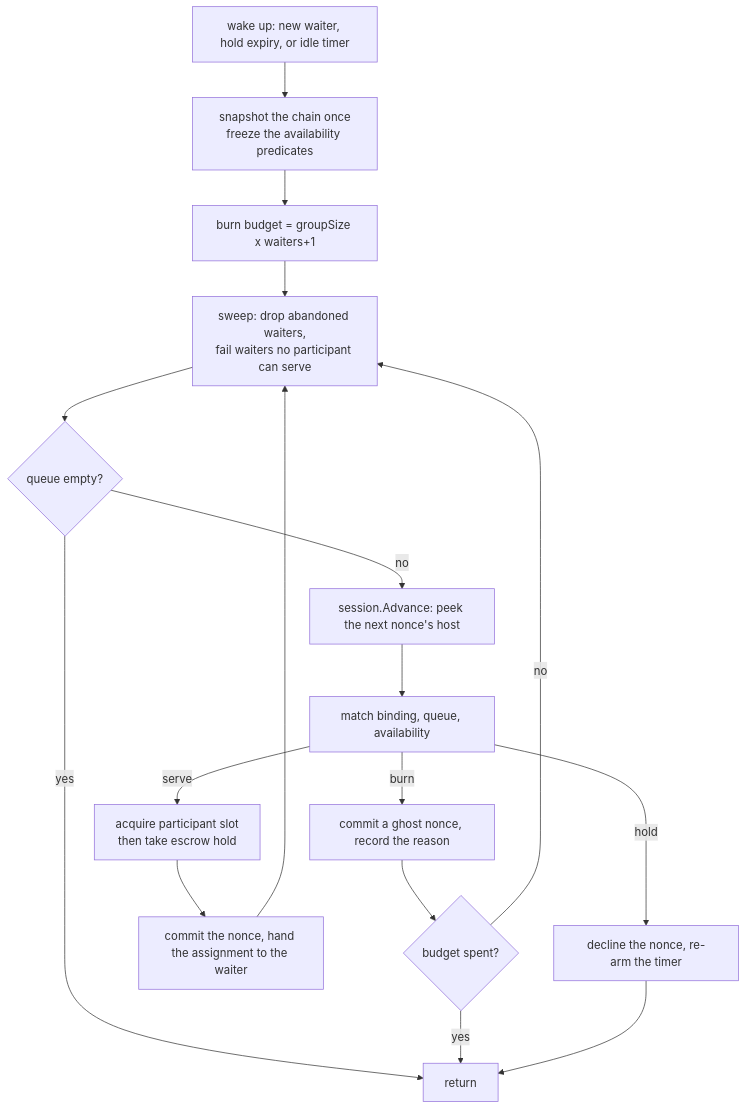
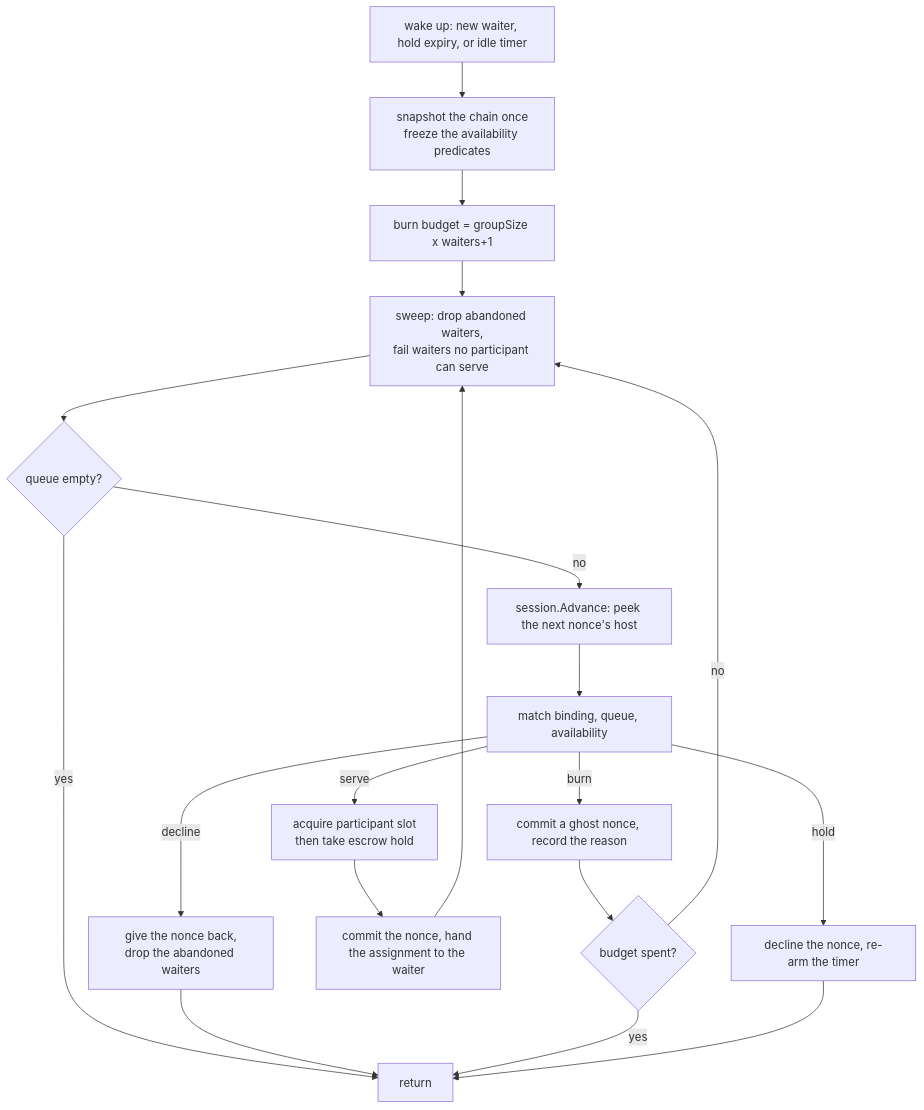
Before and after one commit to qdanik/gonka: the diagram in devshard/cmd/gateway/docs/gateway-routing-and-nonces.md, drawn with Mermaid. The commit also changed other lines of this file and 55 other files, not shown here.

````diff
--- a/devshard/cmd/gateway/docs/gateway-routing-and-nonces.md
+++ b/devshard/cmd/gateway/docs/gateway-routing-and-nonces.md
@@ -50,19 +50,21 @@
 ```mermaid
 flowchart TD
     A[wake up: new waiter, hold expiry, or idle timer] --> B[snapshot the chain once<br/>freeze the availability predicates]
     B --> C[burn budget = groupSize x waiters+1]
     C --> D[sweep: drop abandoned waiters,<br/>fail waiters no participant can serve]
     D --> E{queue empty?}
     E -->|yes| Z[return]
     E -->|no| F[session.Advance: peek the next nonce's host]
     F --> G[match binding, queue, availability]
     G -->|serve| H[acquire participant slot<br/>then take escrow hold]
     G -->|burn| I[commit a ghost nonce, record the reason]
     G -->|hold| J[decline the nonce, re-arm the timer]
+    G -->|decline| M[give the nonce back,<br/>drop the abandoned waiters]
+    M --> Z
     H --> K[commit the nonce, hand the assignment to the waiter]
     I --> L{budget spent?}
     L -->|yes| Z
     L -->|no| D
     K --> D
     J --> Z
 ```
````
